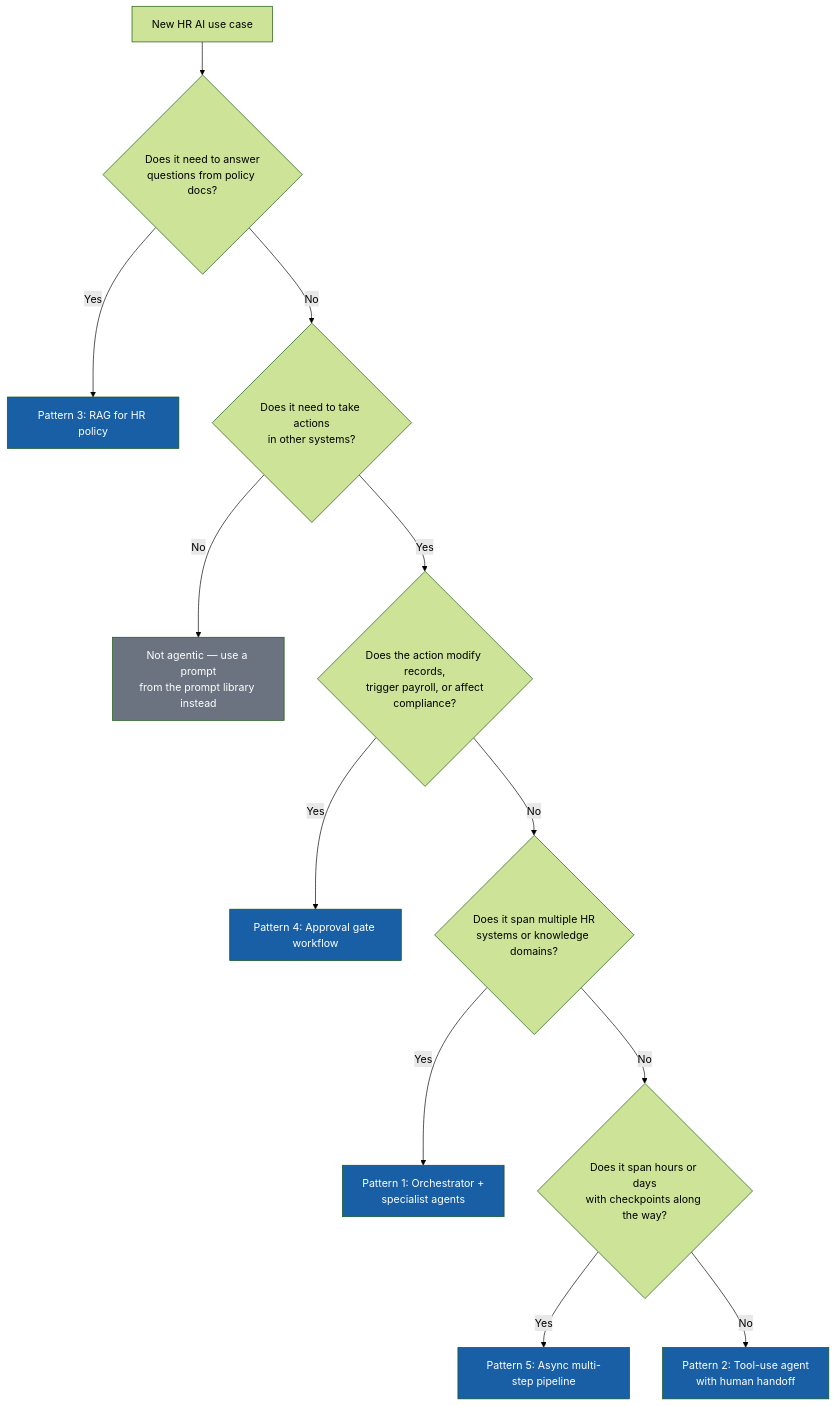
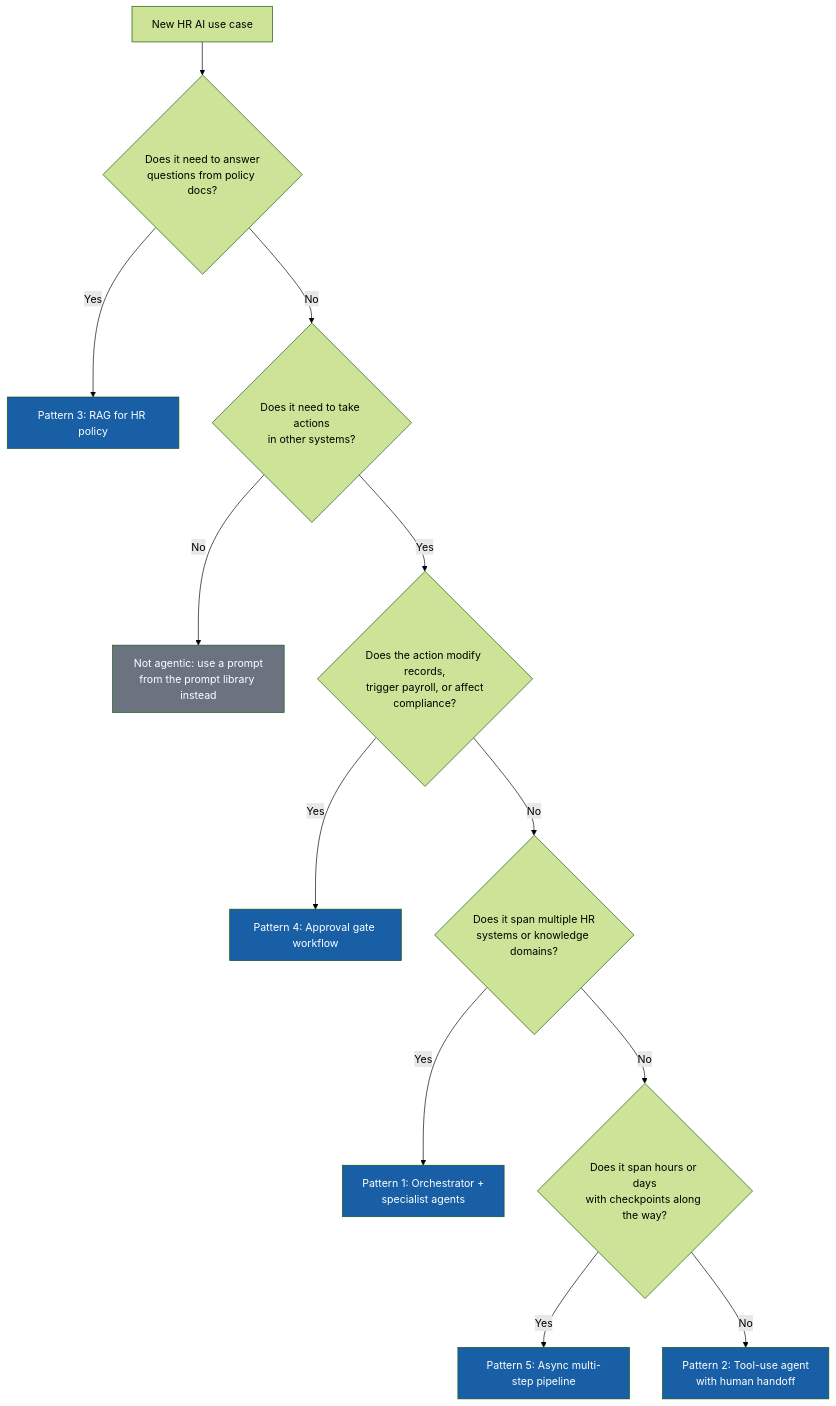
The diagram in 07-agentic-patterns/README.md (ellehelvig/hr-ai-transformation-playbook), drawn with Mermaid (forest theme) before and after one commit. The commit also changed other lines of this file and 45 other files, not shown here.

````diff
--- a/07-agentic-patterns/README.md
+++ b/07-agentic-patterns/README.md
@@ -35,21 +35,21 @@
 ```mermaid
 flowchart TD
     A[New HR AI use case] --> B{Does it need to answer<br/>questions from policy docs?}
     B -- Yes --> C[Pattern 3: RAG for HR policy]
     B -- No --> D{Does it need to take actions<br/>in other systems?}
-    D -- No --> E[Not agentic — use a prompt<br/>from the prompt library instead]
+    D -- No --> E[Not agentic: use a prompt<br/>from the prompt library instead]
     D -- Yes --> F{Does the action modify records,<br/>trigger payroll, or affect<br/>compliance?}
     F -- Yes --> G[Pattern 4: Approval gate workflow]
     F -- No --> H{Does it span multiple HR<br/>systems or knowledge domains?}
     H -- Yes --> I[Pattern 1: Orchestrator +<br/>specialist agents]
     H -- No --> J{Does it span hours or days<br/>with checkpoints along the way?}
     J -- Yes --> K[Pattern 5: Async multi-step pipeline]
     J -- No --> L[Pattern 2: Tool-use agent<br/>with human handoff]
 
     style C fill:#185FA5,color:#fff
     style G fill:#185FA5,color:#fff
     style I fill:#185FA5,color:#fff
     style K fill:#185FA5,color:#fff
     style L fill:#185FA5,color:#fff
     style E fill:#6b7280,color:#fff
 ```
````
